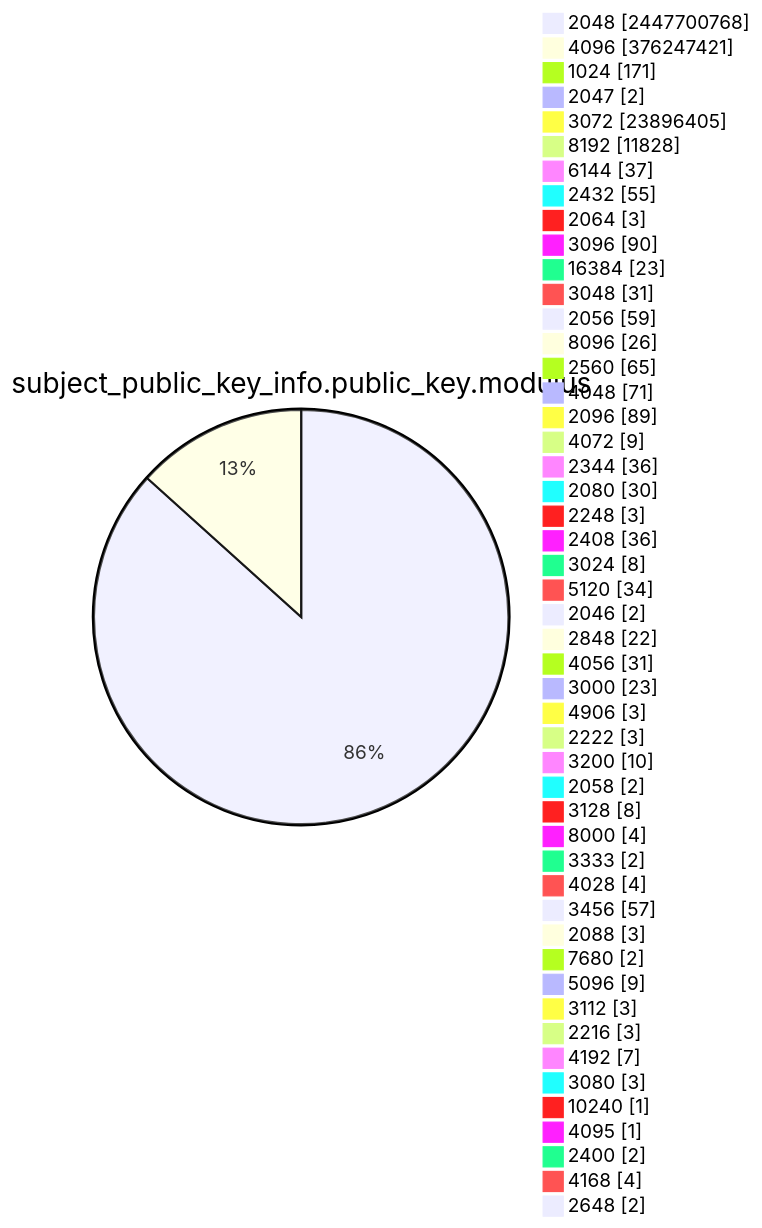
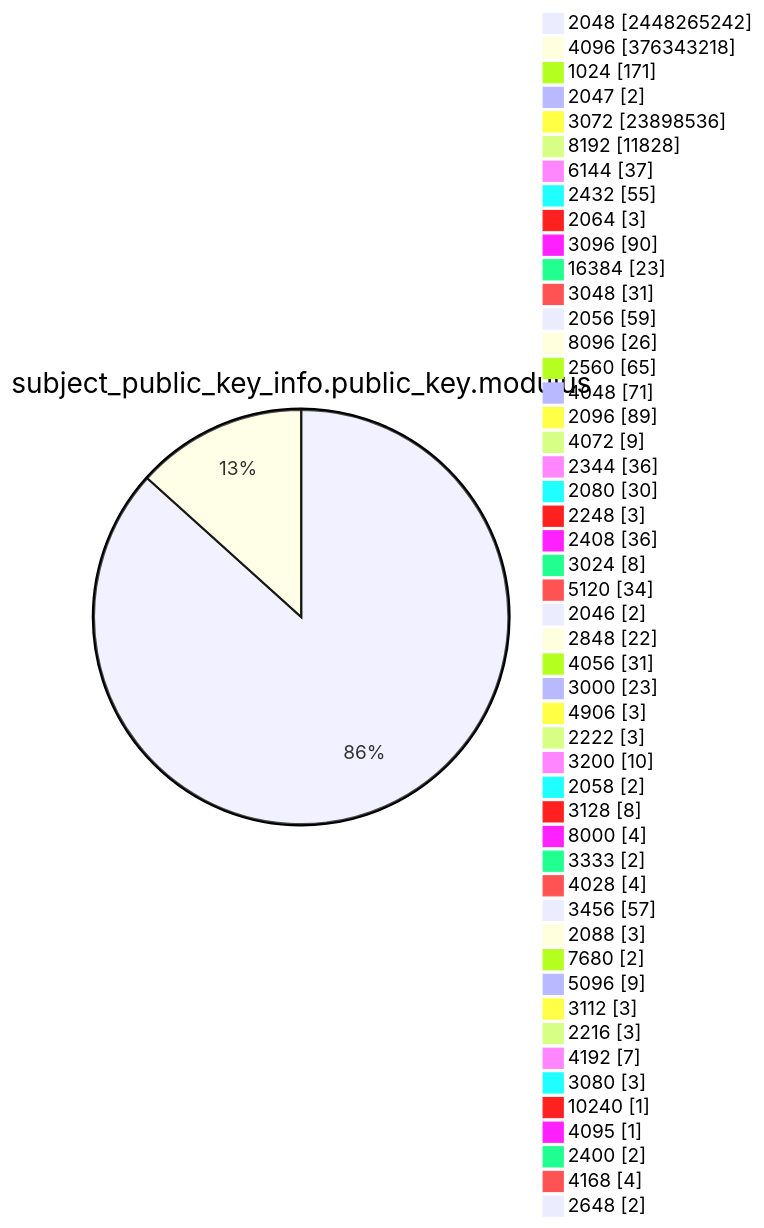
One commit to christiankrug/ctmonitor_visualization changed diagram 13 of 15 in TOTAL/README.md. Above: the diagram before and after it, drawn with Mermaid. The commit also changed other lines of this file, not shown here.

````diff
--- a/TOTAL/README.md
+++ b/TOTAL/README.md
@@ -4168,53 +4168,53 @@
 ```mermaid
 pie showData
 title subject_public_key_info.public_key.modulus
-"2048" :2447700768
-"4096" :376247421
+"2048" :2448265242
+"4096" :376343218
 "1024" :171
 "2047" :2
-"3072" :23896405
+"3072" :23898536
 "8192" :11828
 "6144" :37
 "2432" :55
 "2064" :3
 "3096" :90
 "16384" :23
 "3048" :31
 "2056" :59
 "8096" :26
 "2560" :65
 "4048" :71
 "2096" :89
 "4072" :9
 "2344" :36
 "2080" :30
 "2248" :3
 "2408" :36
 "3024" :8
 "5120" :34
 "2046" :2
 "2848" :22
 "4056" :31
 "3000" :23
 "4906" :3
 "2222" :3
 "3200" :10
 "2058" :2
 "3128" :8
 "8000" :4
 "3333" :2
 "4028" :4
 "3456" :57
 "2088" :3
 "7680" :2
 "5096" :9
 "3112" :3
 "2216" :3
 "4192" :7
 "3080" :3
 "10240" :1
 "4095" :1
 "2400" :2
 "4168" :4
 "2648" :2
 ```
````
